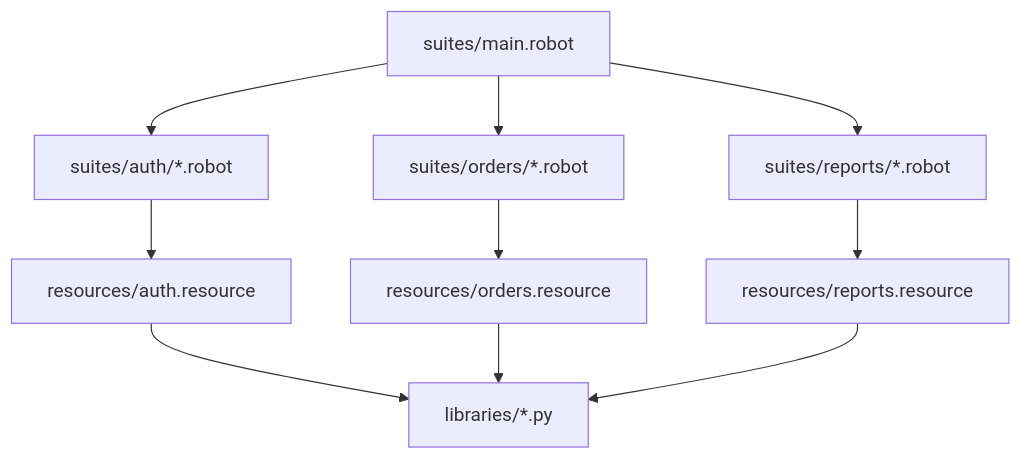
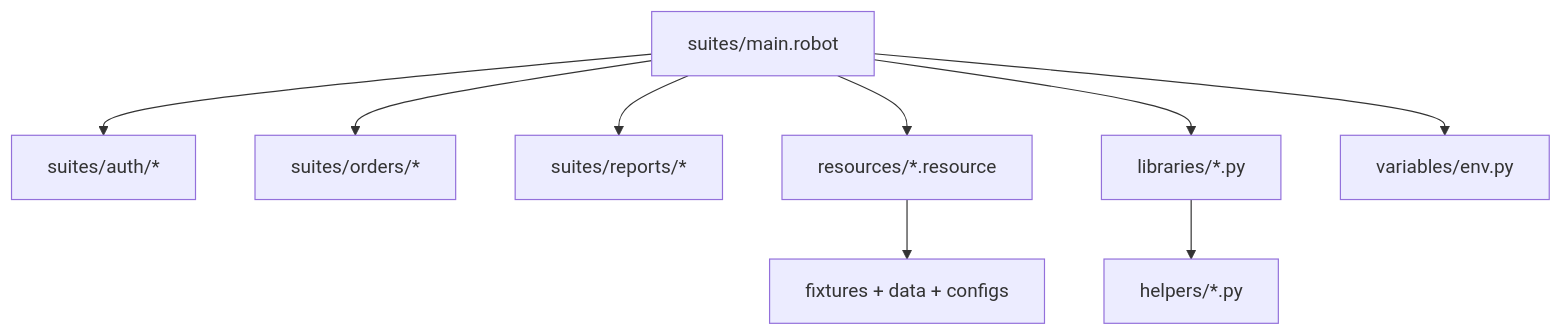
Before and after one commit to arvind3/RobotFrameworkBookWithIDE: the diagram in docs/10-final-capstone-project.mdx, drawn with Mermaid. The commit also changed other lines of this file and 18 other files, not shown here.

````diff
--- a/docs/10-final-capstone-project.mdx
+++ b/docs/10-final-capstone-project.mdx
@@ -13,12 +27,11 @@
 ```mermaid
 flowchart TB
-  A[suites/main.robot] --> B[suites/auth/*.robot]
-  A --> C[suites/orders/*.robot]
-  A --> D[suites/reports/*.robot]
-  B --> E[resources/auth.resource]
-  C --> F[resources/orders.resource]
-  D --> G[resources/reports.resource]
-  E --> H[libraries/*.py]
-  F --> H
-  G --> H
+  A[suites/main.robot] --> B[suites/auth/*]
+  A --> C[suites/orders/*]
+  A --> D[suites/reports/*]
+  A --> E[resources/*.resource]
+  A --> F[libraries/*.py]
+  A --> G[variables/env.py]
+  F --> H[helpers/*.py]
+  E --> I[fixtures + data + configs]
 ```
````
